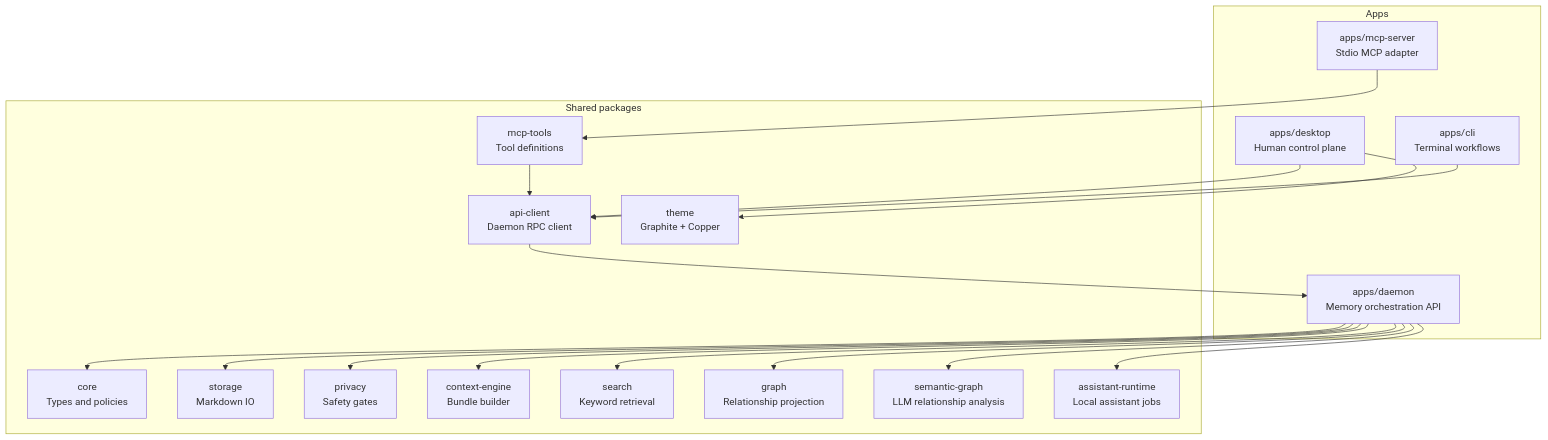
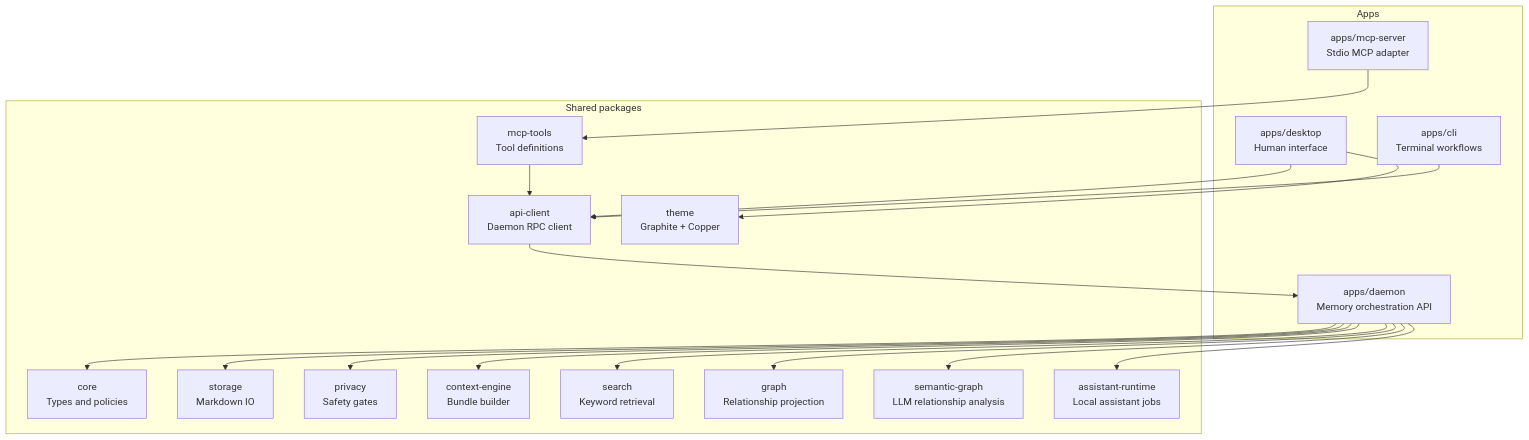
The second of 21 diagrams in docs/DIAGRAMS.md (zharwing/memory), drawn with Mermaid before and after one commit. The commit also changed 22 other files, not shown here.

Commit message:
fix: polish graph controls and wording

````diff
--- a/docs/DIAGRAMS.md
+++ b/docs/DIAGRAMS.md
@@ -33,39 +33,39 @@
 ```mermaid
 flowchart TB
   subgraph Apps["Apps"]
-    Desktop["apps/desktop\nHuman control plane"]
+    Desktop["apps/desktop\nHuman interface"]
     Daemon["apps/daemon\nMemory orchestration API"]
     CLI["apps/cli\nTerminal workflows"]
     MCPServer["apps/mcp-server\nStdio MCP adapter"]
   end
 
   subgraph Packages["Shared packages"]
     Core["core\nTypes and policies"]
     Storage["storage\nMarkdown IO"]
     Privacy["privacy\nSafety gates"]
     Context["context-engine\nBundle builder"]
     Search["search\nKeyword retrieval"]
     Graph["graph\nRelationship projection"]
     SemanticGraph["semantic-graph\nLLM relationship analysis"]
     AssistantRuntime["assistant-runtime\nLocal assistant jobs"]
     ApiClient["api-client\nDaemon RPC client"]
     MCPTools["mcp-tools\nTool definitions"]
     Theme["theme\nGraphite + Copper"]
   end
 
   Desktop --> ApiClient
   CLI --> ApiClient
   MCPServer --> MCPTools
   MCPTools --> ApiClient
   ApiClient --> Daemon
 
   Daemon --> Core
   Daemon --> Storage
   Daemon --> Privacy
   Daemon --> Context
   Daemon --> Search
   Daemon --> Graph
   Daemon --> SemanticGraph
   Daemon --> AssistantRuntime
   Desktop --> Theme
 ```
````
